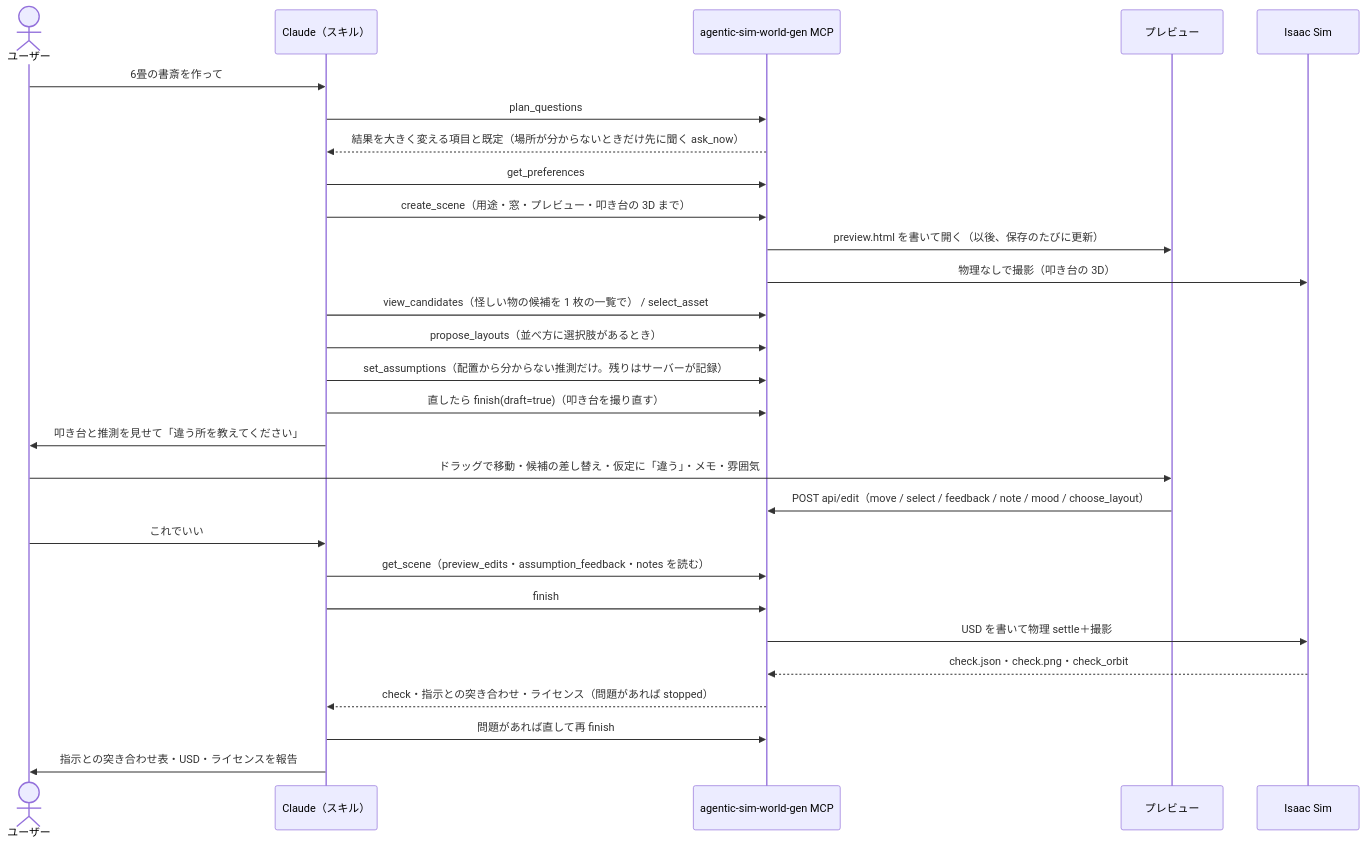
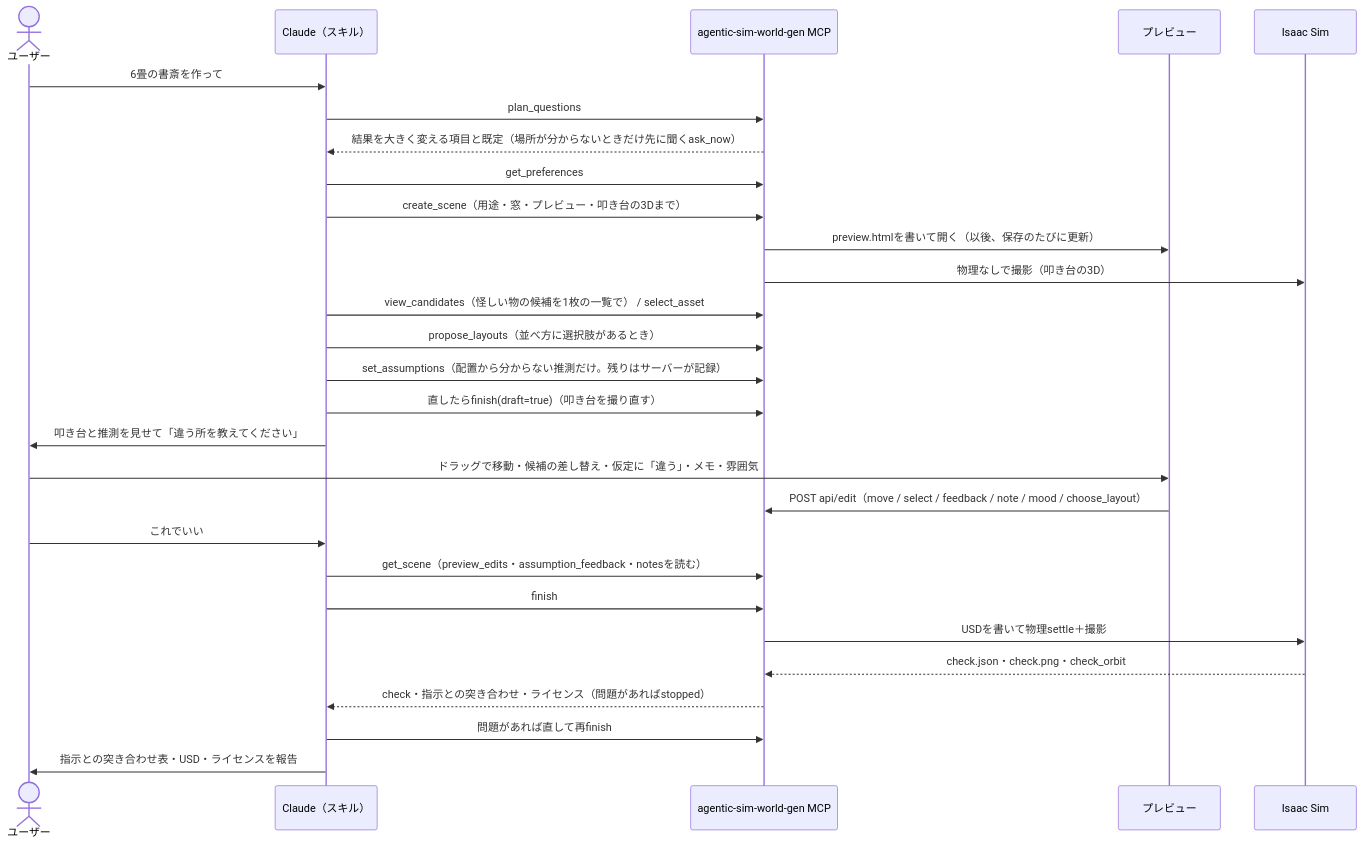
The eighth of 9 diagrams in docs/architecture.md (atinfinity/agentic-sim-world-gen), drawn with Mermaid before and after one commit. The commit also changed other lines of this file and 4 other files, not shown here.

Commit message:
Japanese docs: drop half-width spaces between Japanese and ASCII in the mermaid diagrams too

````diff
--- a/docs/architecture.md
+++ b/docs/architecture.md
@@ -401,31 +401,31 @@
 ```mermaid
 sequenceDiagram
     actor U as ユーザー
     participant C as Claude（スキル）
     participant W as agentic-sim-world-gen MCP
     participant P as プレビュー
     participant I as Isaac Sim
 
     U->>C: 6畳の書斎を作って
     C->>W: plan_questions
-    W-->>C: 結果を大きく変える項目と既定（場所が分からないときだけ先に聞く ask_now）
+    W-->>C: 結果を大きく変える項目と既定（場所が分からないときだけ先に聞くask_now）
     C->>W: get_preferences
-    C->>W: create_scene（用途・窓・プレビュー・叩き台の 3D まで）
-    W->>P: preview.html を書いて開く（以後、保存のたびに更新）
-    W->>I: 物理なしで撮影（叩き台の 3D）
-    C->>W: view_candidates（怪しい物の候補を 1 枚の一覧で） / select_asset
+    C->>W: create_scene（用途・窓・プレビュー・叩き台の3Dまで）
+    W->>P: preview.htmlを書いて開く（以後、保存のたびに更新）
+    W->>I: 物理なしで撮影（叩き台の3D）
+    C->>W: view_candidates（怪しい物の候補を1枚の一覧で） / select_asset
     C->>W: propose_layouts（並べ方に選択肢があるとき）
     C->>W: set_assumptions（配置から分からない推測だけ。残りはサーバーが記録）
-    C->>W: 直したら finish(draft=true)（叩き台を撮り直す）
+    C->>W: 直したらfinish(draft=true)（叩き台を撮り直す）
     C->>U: 叩き台と推測を見せて「違う所を教えてください」
     U->>P: ドラッグで移動・候補の差し替え・仮定に「違う」・メモ・雰囲気
     P->>W: POST api/edit（move / select / feedback / note / mood / choose_layout）
     U->>C: これでいい
-    C->>W: get_scene（preview_edits・assumption_feedback・notes を読む）
+    C->>W: get_scene（preview_edits・assumption_feedback・notesを読む）
     C->>W: finish
-    W->>I: USD を書いて物理 settle＋撮影
+    W->>I: USDを書いて物理settle＋撮影
     I-->>W: check.json・check.png・check_orbit
-    W-->>C: check・指示との突き合わせ・ライセンス（問題があれば stopped）
-    C->>W: 問題があれば直して再 finish
+    W-->>C: check・指示との突き合わせ・ライセンス（問題があればstopped）
+    C->>W: 問題があれば直して再finish
     C->>U: 指示との突き合わせ表・USD・ライセンスを報告
 ```
````
